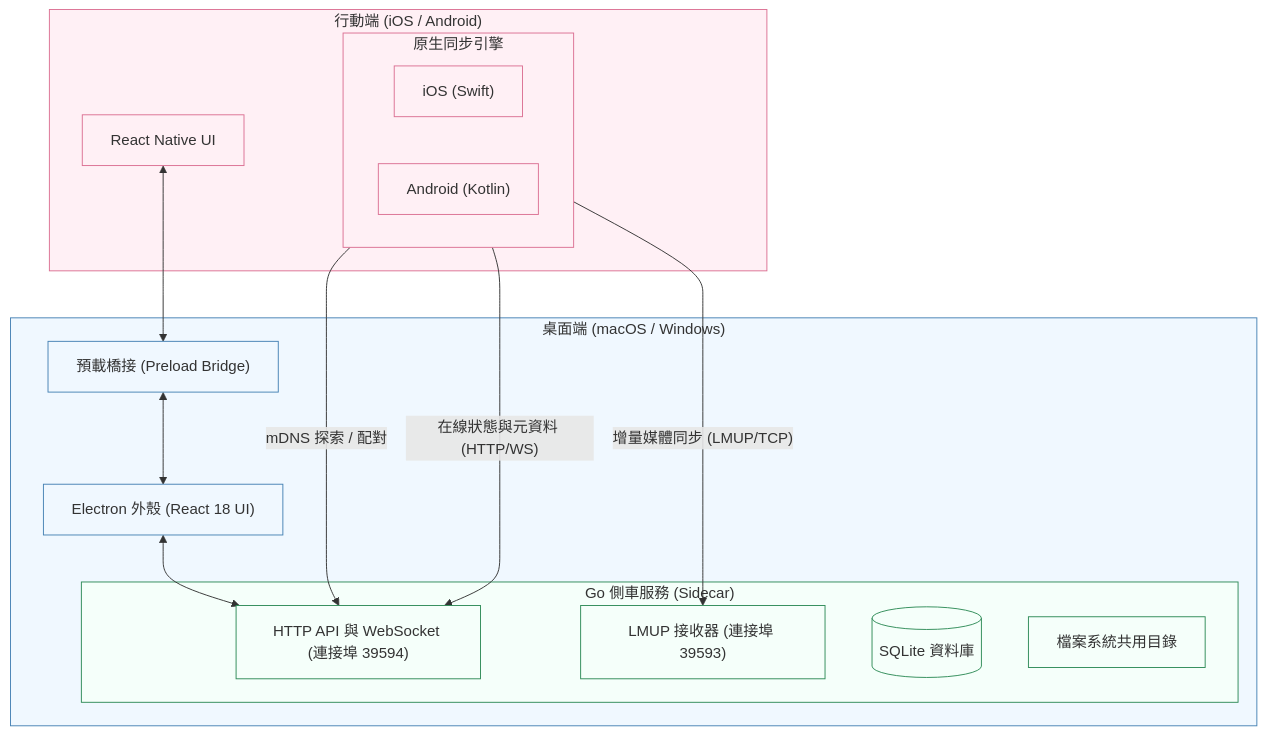
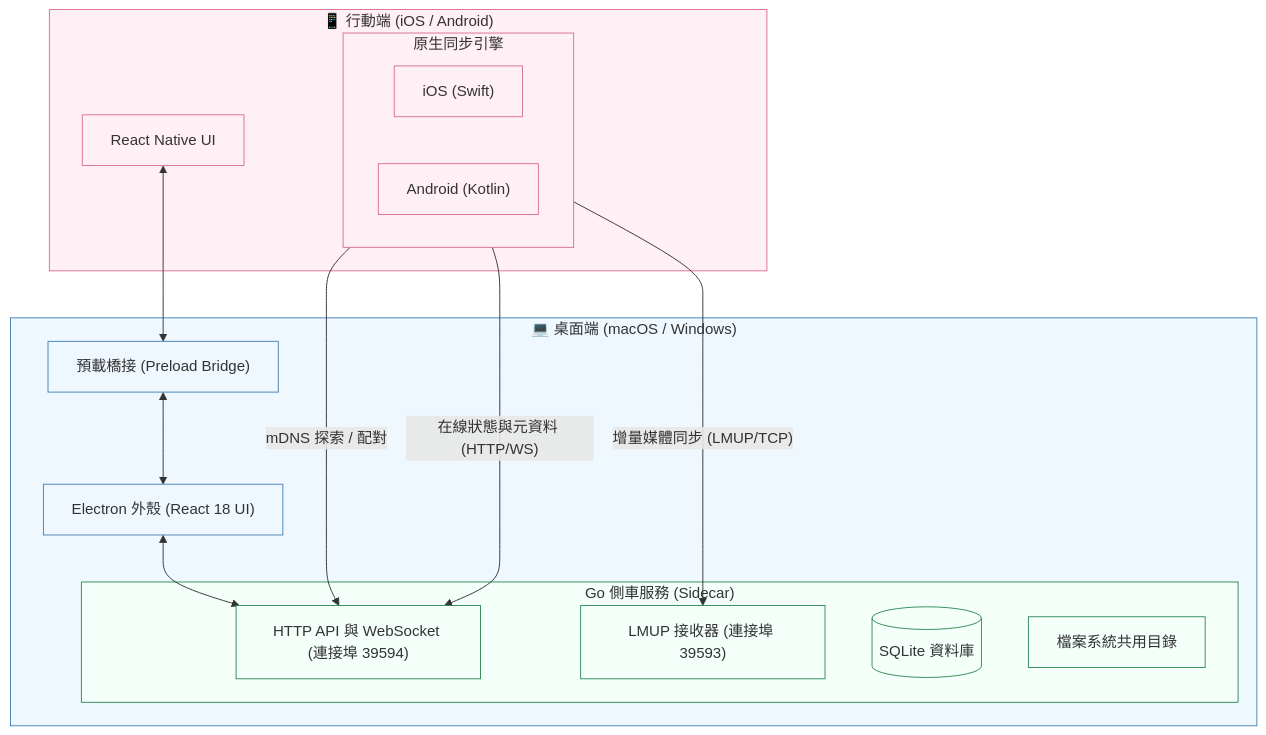
The diagram in README.zh-Hant.md (Lynavo/test), drawn with Mermaid before and after one commit. The commit also changed 3 other files, not shown here.

Commit message:
docs: adjust top navigation links order and add emojis to Mermaid diagram in translation

````diff
--- a/README.zh-Hant.md
+++ b/README.zh-Hant.md
@@ -165,38 +165,38 @@
 ```mermaid
 flowchart TD
-    subgraph Mobile["行動端 (iOS / Android)"]
+    subgraph Mobile["📱 行動端 (iOS / Android)"]
         RN["React Native UI"]
         subgraph SE["原生同步引擎"]
             iOS["iOS (Swift)"]
             Android["Android (Kotlin)"]
         end
     end
 
-    subgraph Desktop["桌面端 (macOS / Windows)"]
+    subgraph Desktop["💻 桌面端 (macOS / Windows)"]
         Electron["Electron 外殼 (React 18 UI)"]
         Preload["預載橋接 (Preload Bridge)"]
         subgraph Sidecar["Go 側車服務 (Sidecar)"]
             HTTP["HTTP API 與 WebSocket (連接埠 39594)"]
             LMUP["LMUP 接收器 (連接埠 39593)"]
             DB[("SQLite 資料庫")]
             FS["檔案系統共用目錄"]
         end
     end
 
     %% Communication Links
     RN <--> Preload
     Preload <--> Electron
     Electron <--> HTTP
 
     %% Network Sync Channels
     SE -- "mDNS 探索 / 配對" --> HTTP
     SE -- "在線狀態與元資料 (HTTP/WS)" --> HTTP
     SE -- "增量媒體同步 (LMUP/TCP)" --> LMUP
 
     classDef mobile fill:#fff0f5,stroke:#db7093,stroke-width:1px;
     classDef desktop fill:#f0f8ff,stroke:#4682b4,stroke-width:1px;
     classDef sidecar fill:#f5fffa,stroke:#2e8b57,stroke-width:1px;
     class Mobile,RN,SE,iOS,Android mobile;
     class Desktop,Electron,Preload desktop;
     class Sidecar,HTTP,LMUP,DB,FS sidecar;
 ```
````
